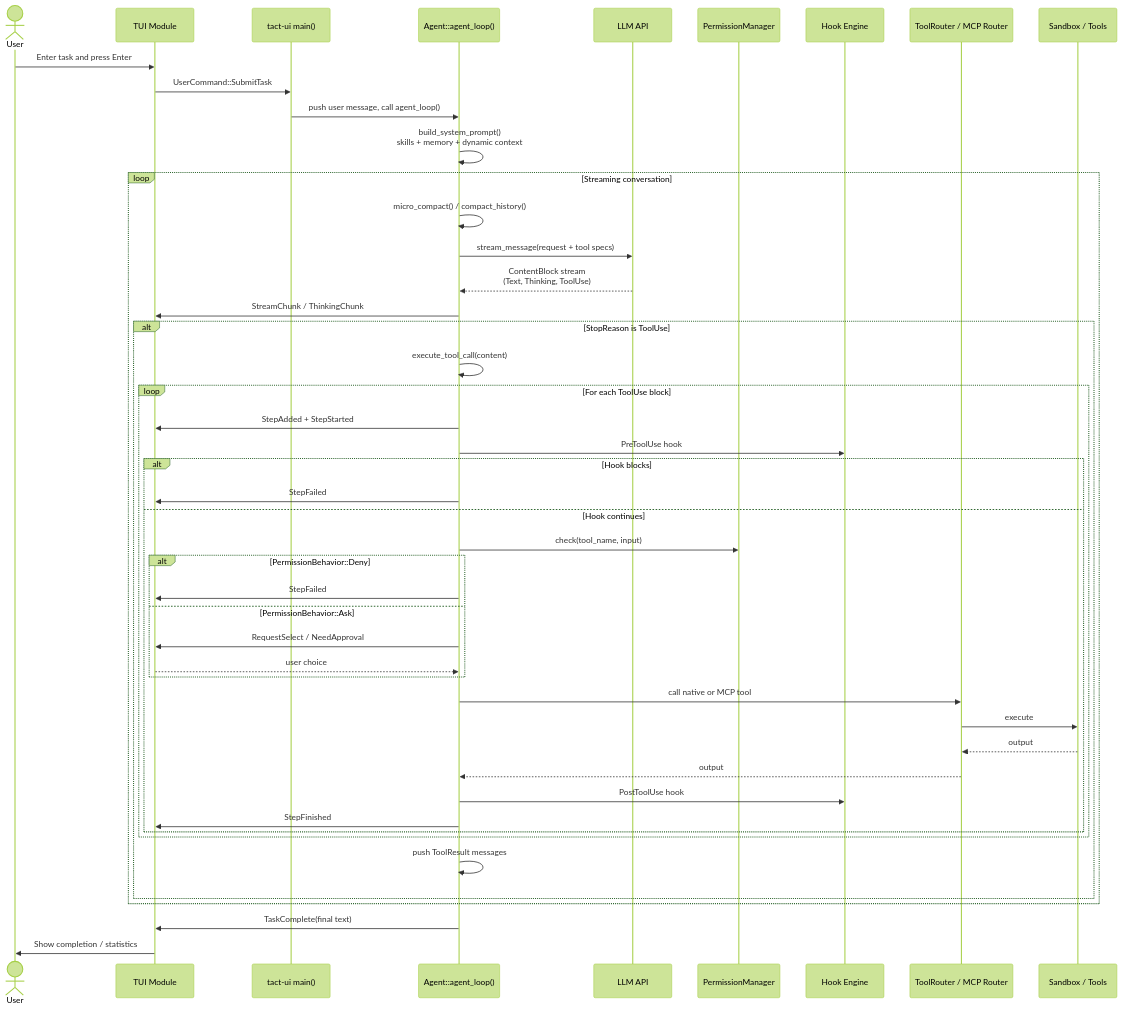
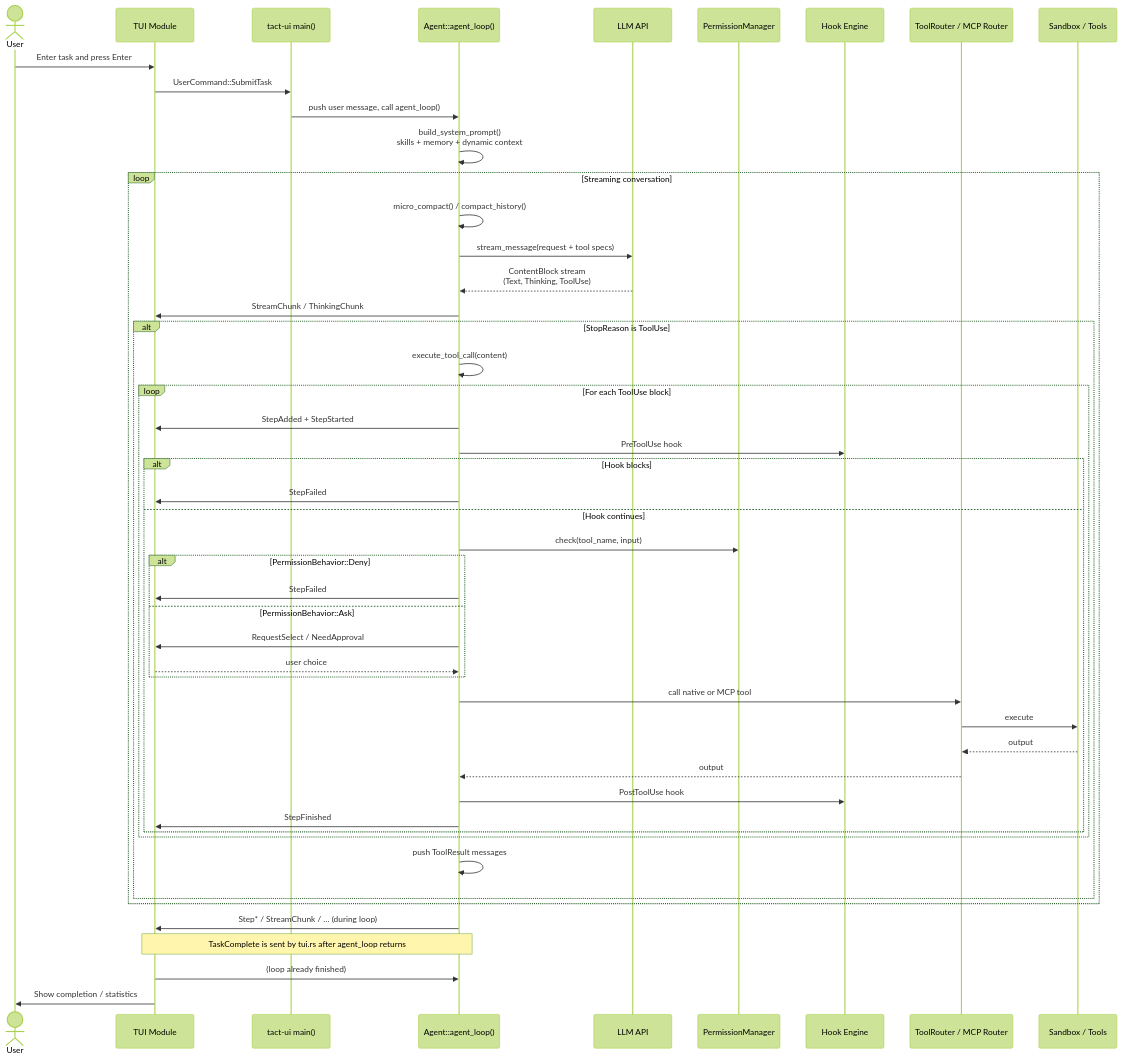
The third of 10 diagrams in ARCHITECTURE.md (rust-infra/tact), drawn with Mermaid (forest theme) before and after one commit. The commit also changed other lines of this file and 13 other files, not shown here.

````diff
--- a/ARCHITECTURE.md
+++ b/ARCHITECTURE.md
@@ -156,53 +156,55 @@
 ```mermaid
 sequenceDiagram
     actor U as User
     participant TUI as TUI Module
     participant Main as tact-ui main()
     participant Agent as Agent::agent_loop()
     participant LLM as LLM API
     participant Perm as PermissionManager
     participant Hook as Hook Engine
     participant TR as ToolRouter / MCP Router
     participant SB as Sandbox / Tools
 
     U ->> TUI: Enter task and press Enter
     TUI ->> Main: UserCommand::SubmitTask
     Main ->> Agent: push user message, call agent_loop()
     Agent ->> Agent: build_system_prompt()<br/>skills + memory + dynamic context
 
     loop Streaming conversation
         Agent ->> Agent: micro_compact() / compact_history()
         Agent ->> LLM: stream_message(request + tool specs)
         LLM -->> Agent: ContentBlock stream<br/>(Text, Thinking, ToolUse)
         Agent ->> TUI: StreamChunk / ThinkingChunk
 
         alt StopReason is ToolUse
             Agent ->> Agent: execute_tool_call(content)
             loop For each ToolUse block
                 Agent ->> TUI: StepAdded + StepStarted
                 Agent ->> Hook: PreToolUse hook
                 alt Hook blocks
                     Agent ->> TUI: StepFailed
                 else Hook continues
                     Agent ->> Perm: check(tool_name, input)
                     alt PermissionBehavior::Deny
                         Agent ->> TUI: StepFailed
                     else PermissionBehavior::Ask
                         Agent ->> TUI: RequestSelect / NeedApproval
                         TUI -->> Agent: user choice
                     end
                     Agent ->> TR: call native or MCP tool
                     TR ->> SB: execute
                     SB -->> TR: output
                     TR -->> Agent: output
                     Agent ->> Hook: PostToolUse hook
                     Agent ->> TUI: StepFinished
                 end
             end
             Agent ->> Agent: push ToolResult messages
         end
     end
 
-    Agent ->> TUI: TaskComplete(final text)
+    Agent ->> TUI: Step* / StreamChunk / … (during loop)
+    Note over Agent,TUI: TaskComplete is sent by tui.rs after agent_loop returns
+    TUI ->> Agent: (loop already finished)
     TUI ->> U: Show completion / statistics
 ```
````
